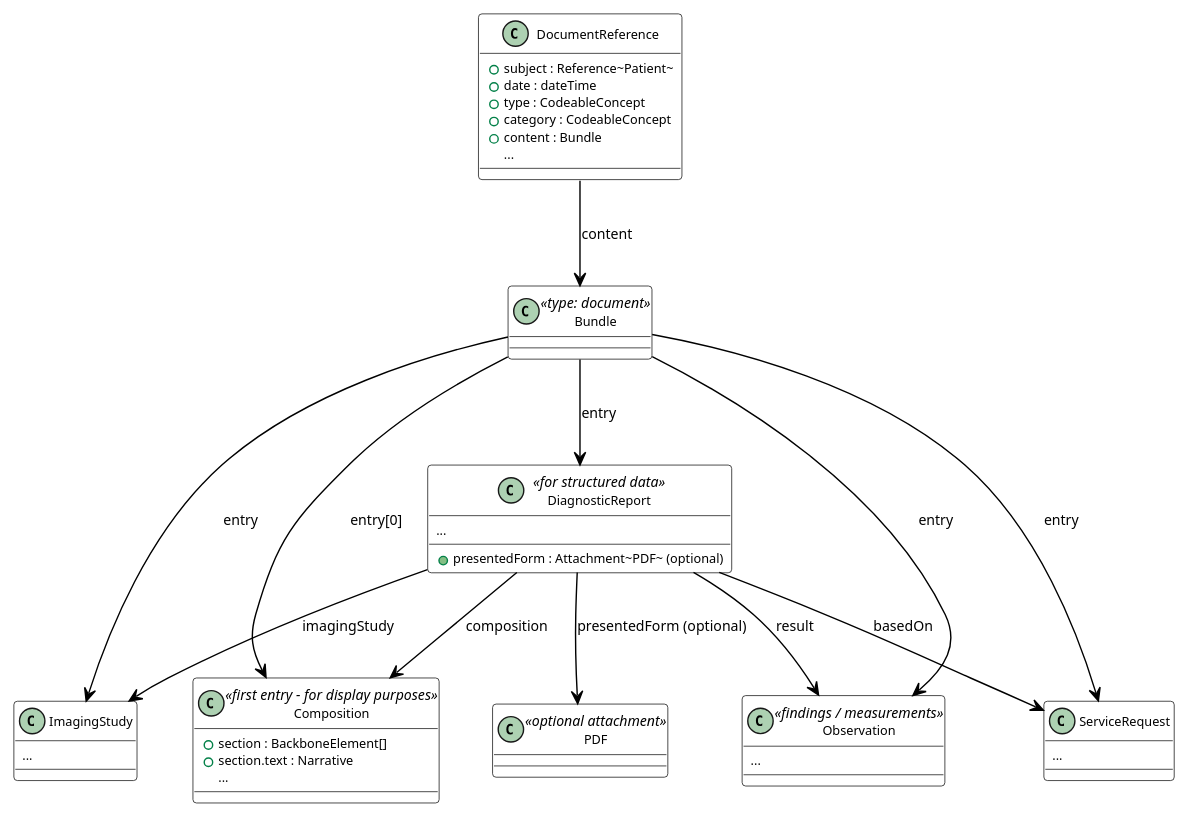
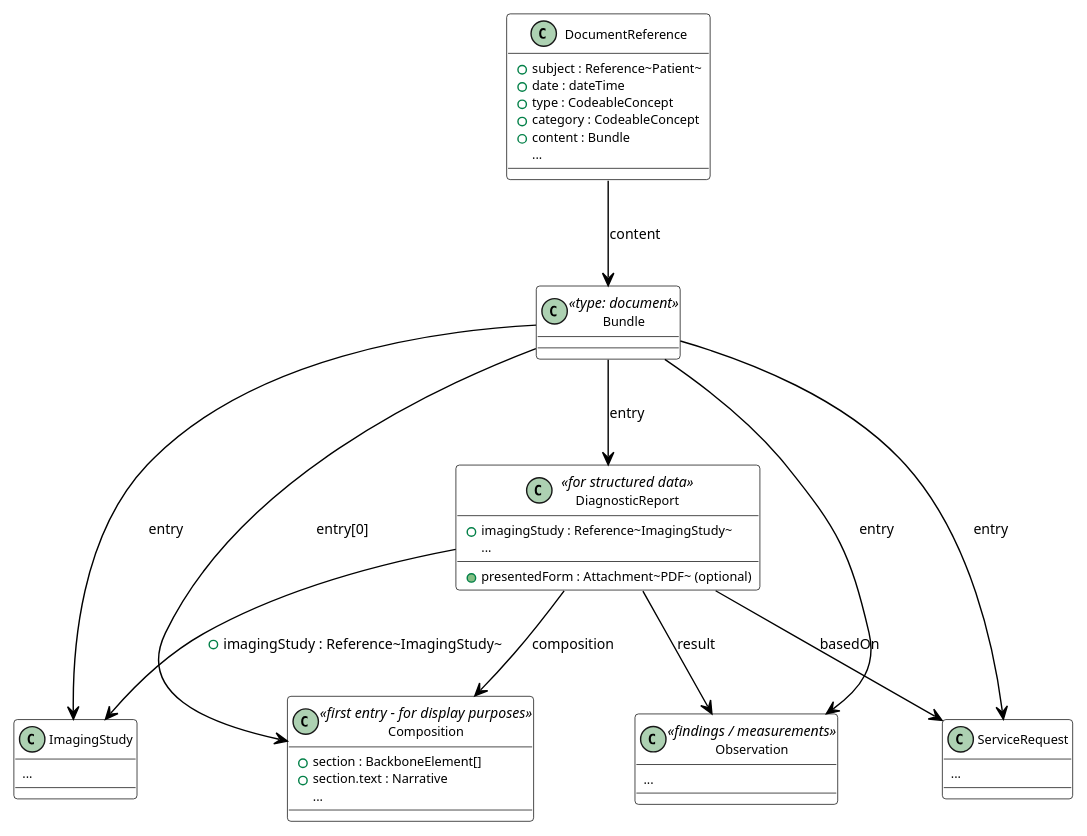
One commit to hl7-eu/imaging changed the diagram in igs/imaging-r4/input/images-source/data-format-section-structured.plantuml. Above: the diagram before and after it, drawn with PlantUML. The commit also changed 7 other files, not shown here.

```diff
--- a/igs/imaging-r4/input/images-source/data-format-section-structured.plantuml
+++ b/igs/imaging-r4/input/images-source/data-format-section-structured.plantuml
@@ -1,64 +1,63 @@
 @startuml data-format-section-structured
 
 skinparam backgroundColor white
 skinparam handwritten false
 skinparam defaultFontSize 10
 skinparam classAttributeFontSize 9
 
 skinparam class {
   BackgroundColor White
   BorderColor Black
   ArrowColor Black
 }
 
 class DocumentReference {
   +subject : Reference~Patient~
   +date : dateTime
   +type : CodeableConcept
   +category : CodeableConcept
   +content : Bundle
   ...
 }
 
 class Bundle <<type: document>> {
 }
 
 class Composition <<first entry - for display purposes>> {
   +section : BackboneElement[]
   +section.text : Narrative
   ...
 }
 
 class DiagnosticReport <<for structured data>> {
   +presentedForm : Attachment~PDF~ (optional)
+  +imagingStudy : Reference~ImagingStudy~
   ...
 }
 
 class ImagingStudy {
   ...
 }
 
 class ServiceRequest {
   ...
 }
 
 class Observation <<findings / measurements>> {
   ...
 }
 
-class PDF <<optional attachment>> {
-}
 
 DocumentReference --> Bundle : content
 Bundle --> Composition : entry[0]
 Bundle --> DiagnosticReport : entry
 Bundle --> ImagingStudy : entry
 Bundle --> ServiceRequest : entry
 Bundle --> Observation : entry
-DiagnosticReport --> ImagingStudy : imagingStudy
+DiagnosticReport --> ImagingStudy : +imagingStudy : Reference~ImagingStudy~
 DiagnosticReport --> ServiceRequest : basedOn
 DiagnosticReport --> Observation : result
-DiagnosticReport --> PDF : presentedForm (optional)
+
 DiagnosticReport --> Composition : composition
 
 @enduml
```
